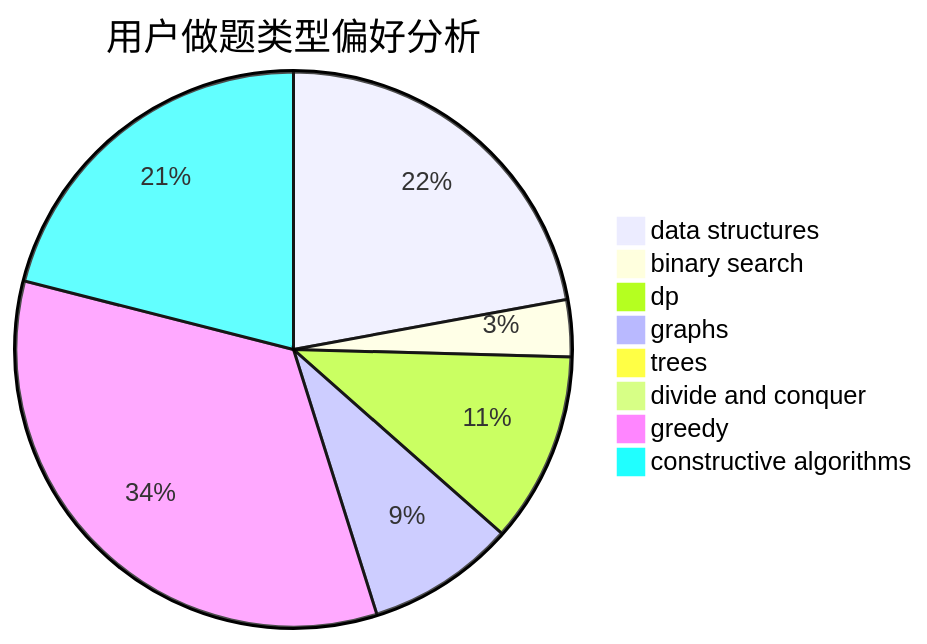
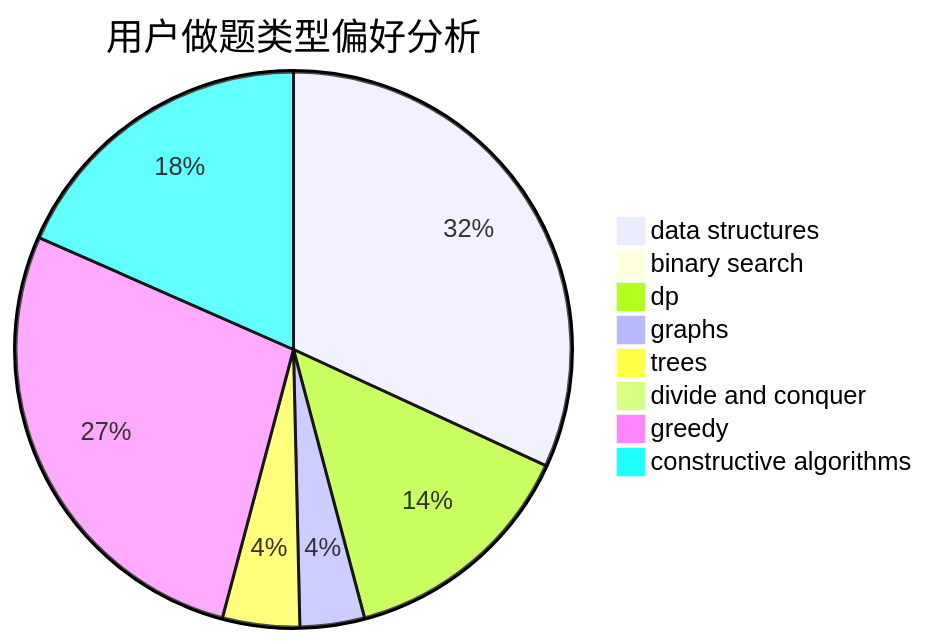
Before and after one commit to sherpahu/cfrs.github.io: the second of 3 diagrams in docs/user/u1128.md, drawn with Mermaid. The commit also changed other lines of this file and 2770 other files, not shown here.

````diff
--- a/docs/user/u1128.md
+++ b/docs/user/u1128.md
@@ -23,11 +23,11 @@
 ```mermaid
 pie title 用户做题类型偏好分析
-    "data structures" :  287
-    "binary search" :  43
-    "dp" :  144
-    "graphs" :  112
-    "trees" :  3
+    "data structures" :  348
+    "binary search" :  3
+    "dp" :  153
+    "graphs" :  41
+    "trees" :  49
     "divide and conquer" :  0
-    "greedy" :  439
-    "constructive algorithms" :  273
+    "greedy" :  300
+    "constructive algorithms" :  201
 ```
````
